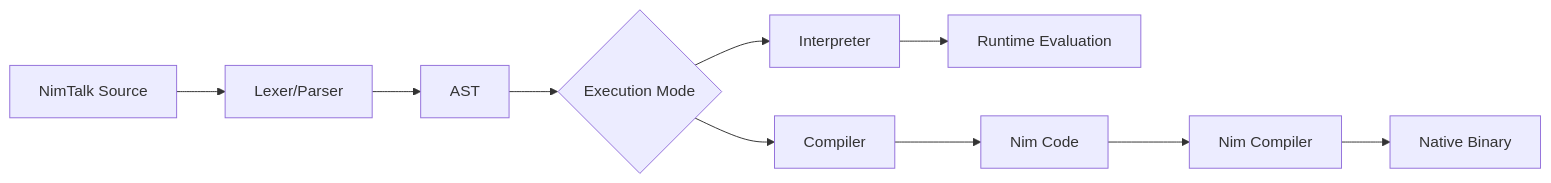
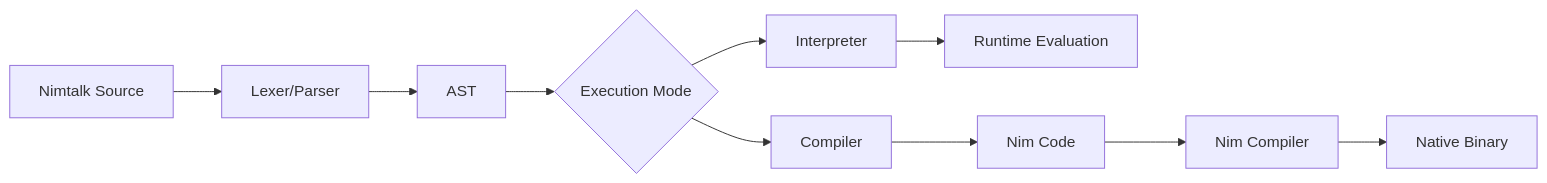
The diagram in README.md (gokr/harding), drawn with Mermaid before and after one commit. The commit also changed other lines of this file and 22 other files, not shown here.

````diff
--- a/README.md
+++ b/README.md
@@ -110,12 +112,12 @@
 ```mermaid
 graph LR
-    A[NimTalk Source] --> B[Lexer/Parser]
+    A[Nimtalk Source] --> B[Lexer/Parser]
     B --> C[AST]
     C --> D{Execution Mode}
     D --> E[Interpreter]
     D --> F[Compiler]
     E --> G[Runtime Evaluation]
     F --> H[Nim Code]
     H --> I[Nim Compiler]
     I --> J[Native Binary]
 ```
````
